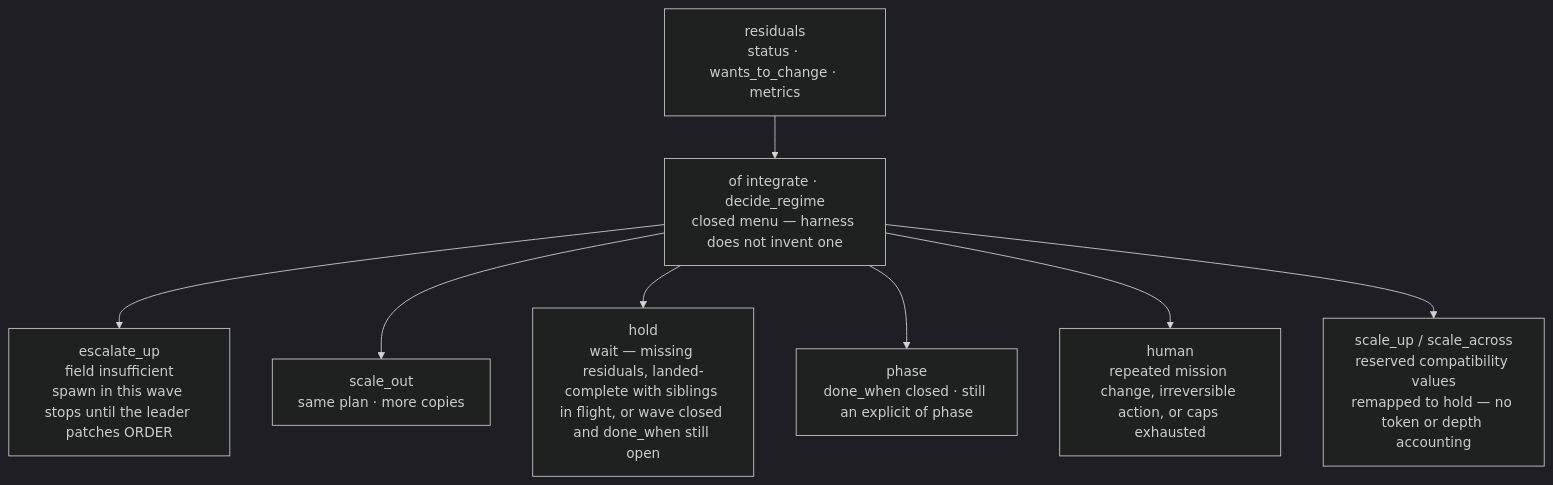
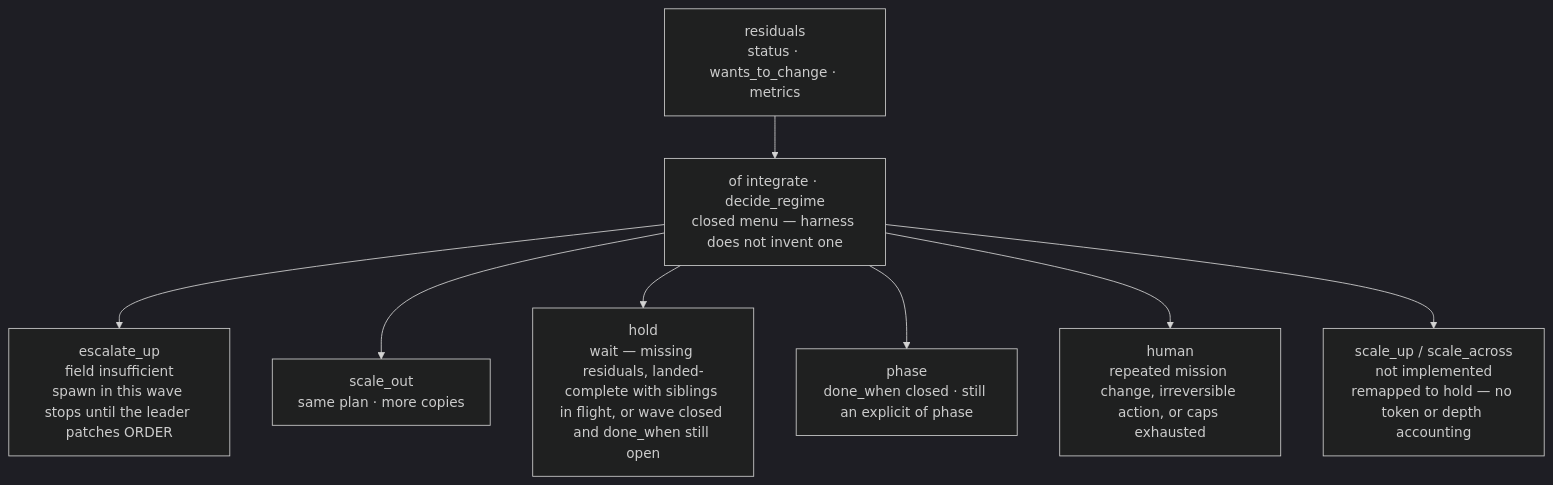
Before and after one commit to pedroknigge/orderfield: the third of 3 diagrams in docs/architecture.md, drawn with Mermaid (dark theme). The commit also changed other lines of this file and 14 other files, not shown here.

First line of the commit message:
docs/skill: label reserved budget/scale as not implemented (#315)

````diff
--- a/docs/architecture.md
+++ b/docs/architecture.md
@@ -87,12 +87,12 @@
 ```mermaid
 flowchart TD
     residuals["residuals<br/>status · wants_to_change · metrics"]
     decide["of integrate · decide_regime<br/>closed menu — harness does not invent one"]
     residuals --> decide
     decide --> eu["escalate_up<br/>field insufficient<br/>spawn in this wave stops until the leader patches ORDER"]
     decide --> so["scale_out<br/>same plan · more copies"]
     decide --> hold["hold<br/>wait — missing residuals, landed-complete with siblings in flight, or wave closed and done_when still open"]
     decide --> phaseR["phase<br/>done_when closed · still an explicit of phase"]
     decide --> human["human<br/>repeated mission change, irreversible action, or caps exhausted"]
-    decide --> reserved["scale_up / scale_across<br/>reserved compatibility values<br/>remapped to hold — no token or depth accounting"]
+    decide --> reserved["scale_up / scale_across<br/>not implemented<br/>remapped to hold — no token or depth accounting"]
 ```
````
